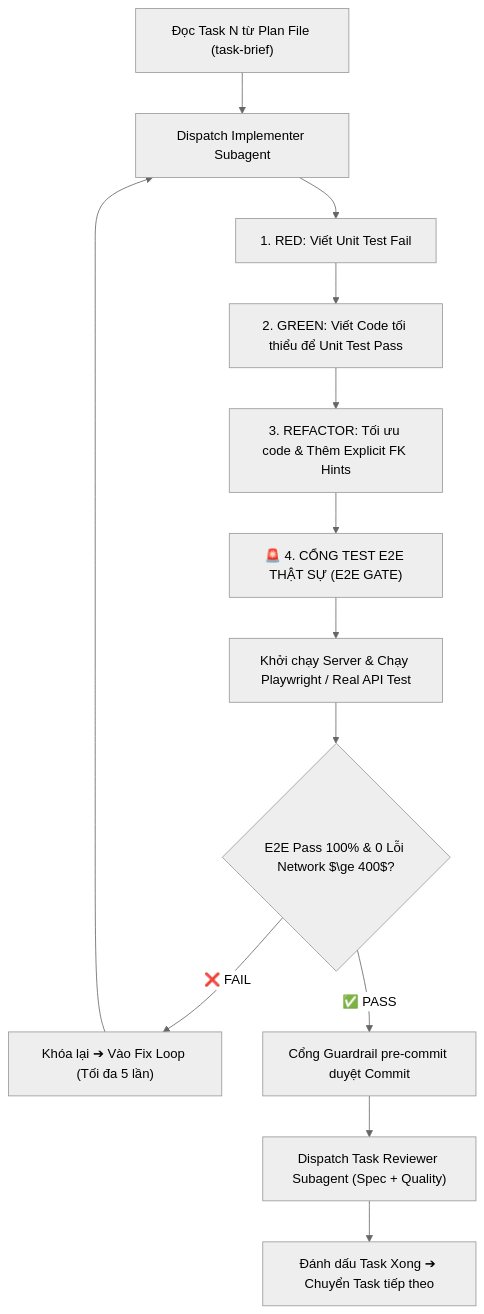
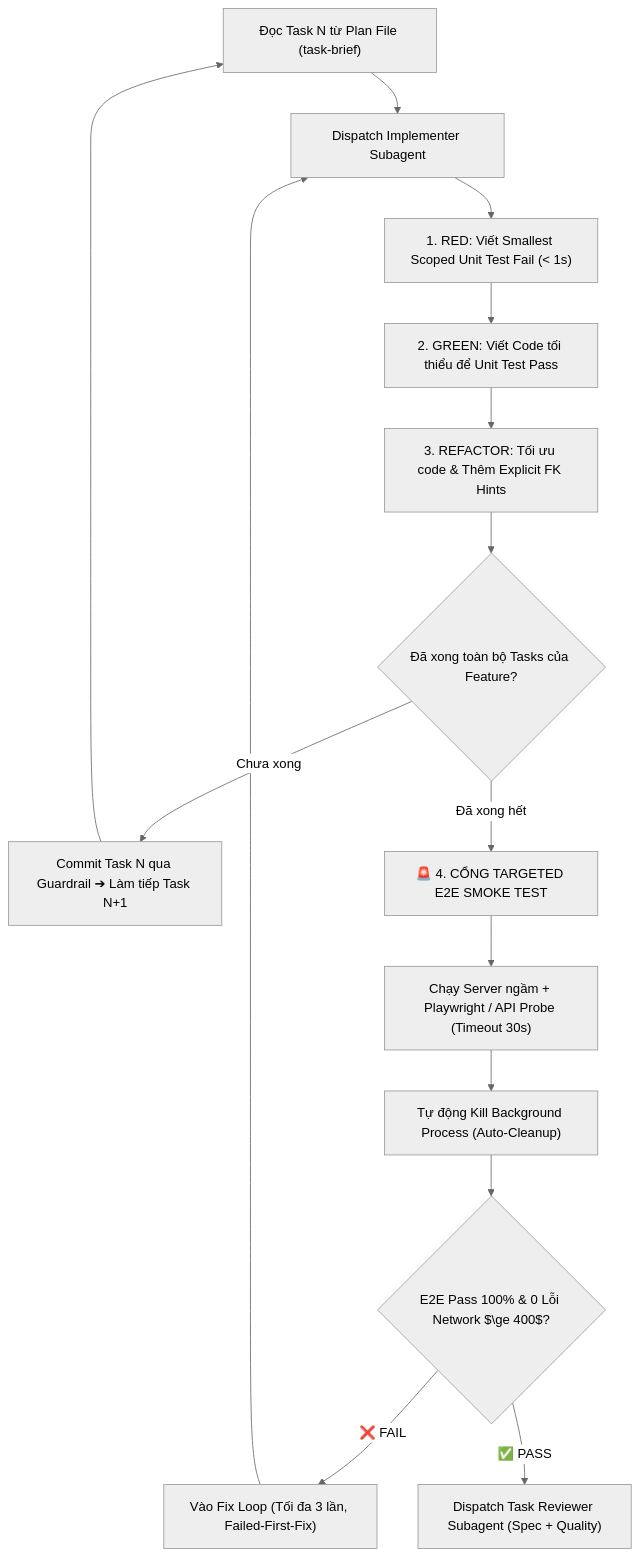
One commit to tranngoc-dev/Anti-Workflow-Ultimate changed the diagram in global_workflows/code.md. Above: the diagram before and after it, drawn with Mermaid (neutral theme). The commit also changed other lines of this file and 7 other files, not shown here.

````diff
--- a/global_workflows/code.md
+++ b/global_workflows/code.md
@@ -44,15 +44,17 @@
 ```mermaid
 flowchart TD
     A["Đọc Task N từ Plan File (task-brief)"] --> B["Dispatch Implementer Subagent"]
-    B --> C["1. RED: Viết Unit Test Fail"]
+    B --> C["1. RED: Viết Smallest Scoped Unit Test Fail (< 1s)"]
     C --> D["2. GREEN: Viết Code tối thiểu để Unit Test Pass"]
     D --> E["3. REFACTOR: Tối ưu code & Thêm Explicit FK Hints"]
-    E --> F["🚨 4. CỔNG TEST E2E THẬT SỰ (E2E GATE)"]
-    F --> G["Khởi chạy Server & Chạy Playwright / Real API Test"]
-    G --> H{"E2E Pass 100% & 0 Lỗi Network $\ge 400$?"}
-    H -->|❌ FAIL| I["Khóa lại ➔ Vào Fix Loop (Tối đa 5 lần)"]
-    I --> B
-    H -->|✅ PASS| J["Cổng Guardrail pre-commit duyệt Commit"]
-    J --> K["Dispatch Task Reviewer Subagent (Spec + Quality)"]
-    K --> L["Đánh dấu Task Xong ➔ Chuyển Task tiếp theo"]
+    E --> F{"Đã xong toàn bộ Tasks của Feature?"}
+    F -->|Chưa xong| G["Commit Task N qua Guardrail ➔ Làm tiếp Task N+1"]
+    G --> A
+    F -->|Đã xong hết| H["🚨 4. CỔNG TARGETED E2E SMOKE TEST"]
+    H --> I["Chạy Server ngầm + Playwright / API Probe (Timeout 30s)"]
+    I --> J["Tự động Kill Background Process (Auto-Cleanup)"]
+    J --> K{"E2E Pass 100% & 0 Lỗi Network $\ge 400$?"}
+    K -->|❌ FAIL| L["Vào Fix Loop (Tối đa 3 lần, Failed-First-Fix)"]
+    L --> B
+    K -->|✅ PASS| M["Dispatch Task Reviewer Subagent (Spec + Quality)"]
 ```
````
